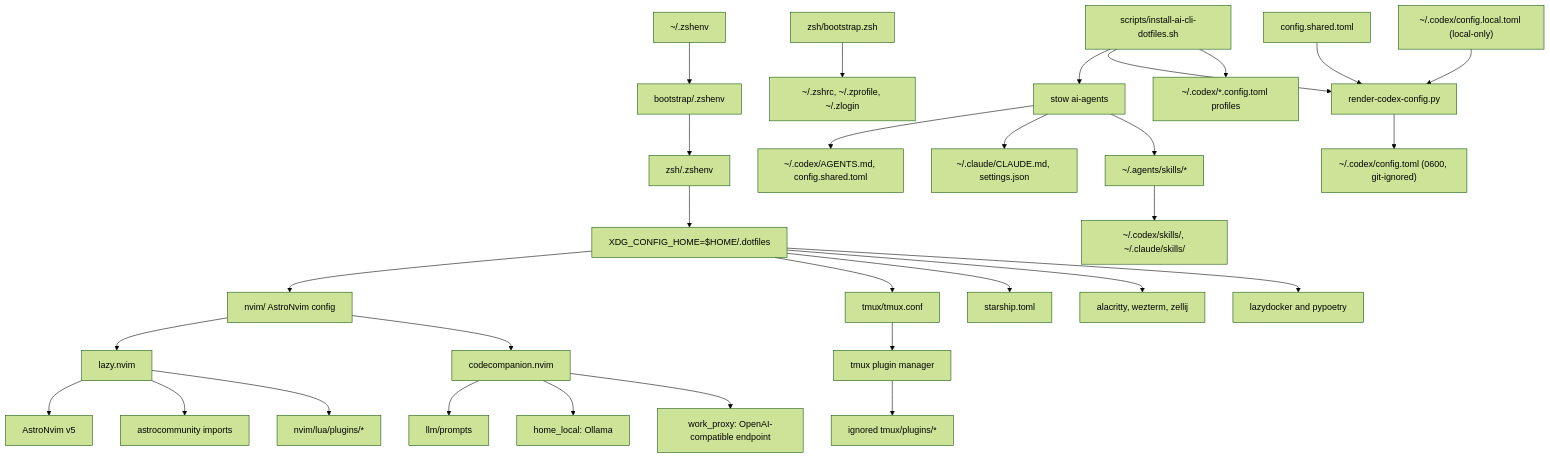
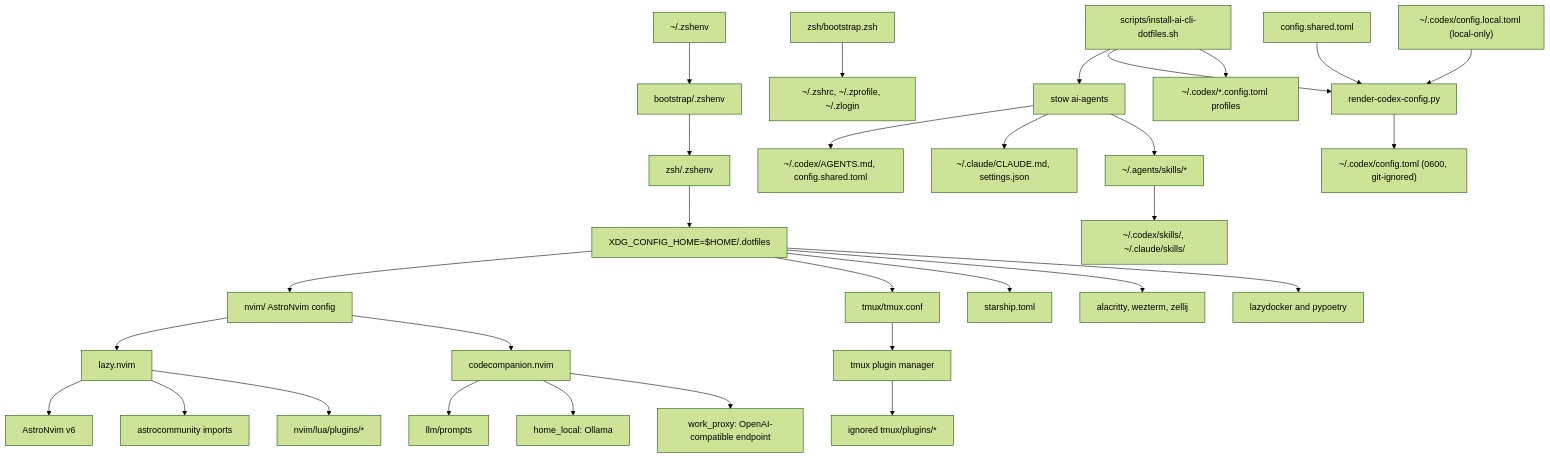
The diagram in AGENTS.md (therealalexmois/dotfiles), drawn with Mermaid (forest theme) before and after one commit.

Commit message:
docs(agents): correct AstroNvim version to v6 in architecture diagram

````diff
--- a/AGENTS.md
+++ b/AGENTS.md
@@ -132,35 +132,35 @@
 ```mermaid
 flowchart TD
   HomeZshEnv["~/.zshenv"] --> BootstrapZshEnv["bootstrap/.zshenv"]
   BootstrapZshEnv --> ZshEnv["zsh/.zshenv"]
   ZshEnv --> XDG["XDG_CONFIG_HOME=$HOME/.dotfiles"]
   XDG --> Nvim["nvim/ AstroNvim config"]
   XDG --> Tmux["tmux/tmux.conf"]
   XDG --> Starship["starship.toml"]
   XDG --> Terminals["alacritty, wezterm, zellij"]
   XDG --> Tools["lazydocker and pypoetry"]
 
   Nvim --> Lazy["lazy.nvim"]
-  Lazy --> Astro["AstroNvim v5"]
+  Lazy --> Astro["AstroNvim v6"]
   Lazy --> Community["astrocommunity imports"]
   Lazy --> Plugins["nvim/lua/plugins/*"]
   Nvim --> AI["codecompanion.nvim"]
   AI --> Prompts["llm/prompts"]
   AI --> Ollama["home_local: Ollama"]
   AI --> WorkProxy["work_proxy: OpenAI-compatible endpoint"]
 
   Tmux --> Tpm["tmux plugin manager"]
   Tpm --> TmuxPlugins["ignored tmux/plugins/*"]
   ZshBootstrap["zsh/bootstrap.zsh"] --> ZshFiles["~/.zshrc, ~/.zprofile, ~/.zlogin"]
 
   Install["scripts/install-ai-cli-dotfiles.sh"] --> StowAI["stow ai-agents"]
   StowAI --> CodexLink["~/.codex/AGENTS.md, config.shared.toml"]
   StowAI --> ClaudeLink["~/.claude/CLAUDE.md, settings.json"]
   StowAI --> AgentsLink["~/.agents/skills/*"]
   Install --> Render["render-codex-config.py"]
   Render --> CodexCfg["~/.codex/config.toml (0600, git-ignored)"]
   CodexShared["config.shared.toml"] --> Render
   CodexLocal["~/.codex/config.local.toml (local-only)"] --> Render
   AgentsLink --> SkillLinks["~/.codex/skills/<skill>, ~/.claude/skills/<skill>"]
   Install --> ProfileLinks["~/.codex/*.config.toml profiles"]
 ```
````
